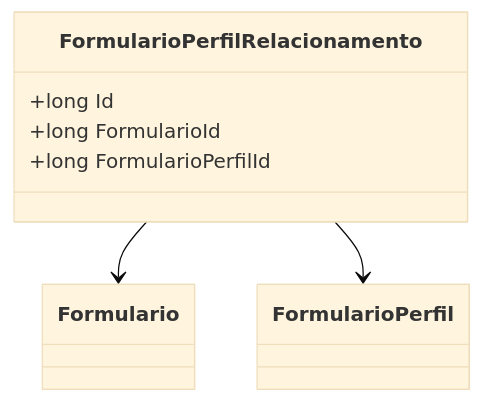
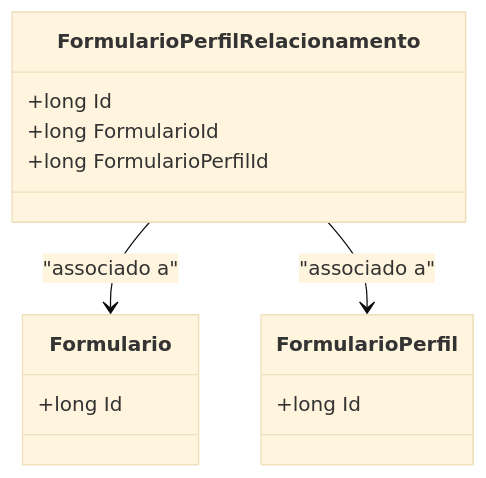
One commit to IsthmusSistemas/documentacao-tecnica changed the diagram in docs/b2b-dominio/IsthmusWinthor.Nucleo/IsthmusWinthor.Dominio/Entidades/FormularioPerfilRelacionamento.md. Above: the diagram before and after it, drawn with Mermaid (base theme). The commit also changed other lines of this file and 882 other files, not shown here.

````diff
--- a/docs/b2b-dominio/IsthmusWinthor.Nucleo/IsthmusWinthor.Dominio/Entidades/FormularioPerfilRelacionamento.md
+++ b/docs/b2b-dominio/IsthmusWinthor.Nucleo/IsthmusWinthor.Dominio/Entidades/FormularioPerfilRelacionamento.md
@@ -19,14 +26,17 @@
 ```mermaid
 classDiagram
     class FormularioPerfilRelacionamento {
         +long Id
         +long FormularioId
         +long FormularioPerfilId
     }
+    class Formulario {
+        +long Id
+    }
+    class FormularioPerfil {
+        +long Id
+    }
     
-    class Formulario {}
-    class FormularioPerfil {}
-
-    FormularioPerfilRelacionamento --> Formulario : 
-    FormularioPerfilRelacionamento --> FormularioPerfil : 
+    FormularioPerfilRelacionamento --> Formulario : "associado a"
+    FormularioPerfilRelacionamento --> FormularioPerfil : "associado a"
 ```
````
